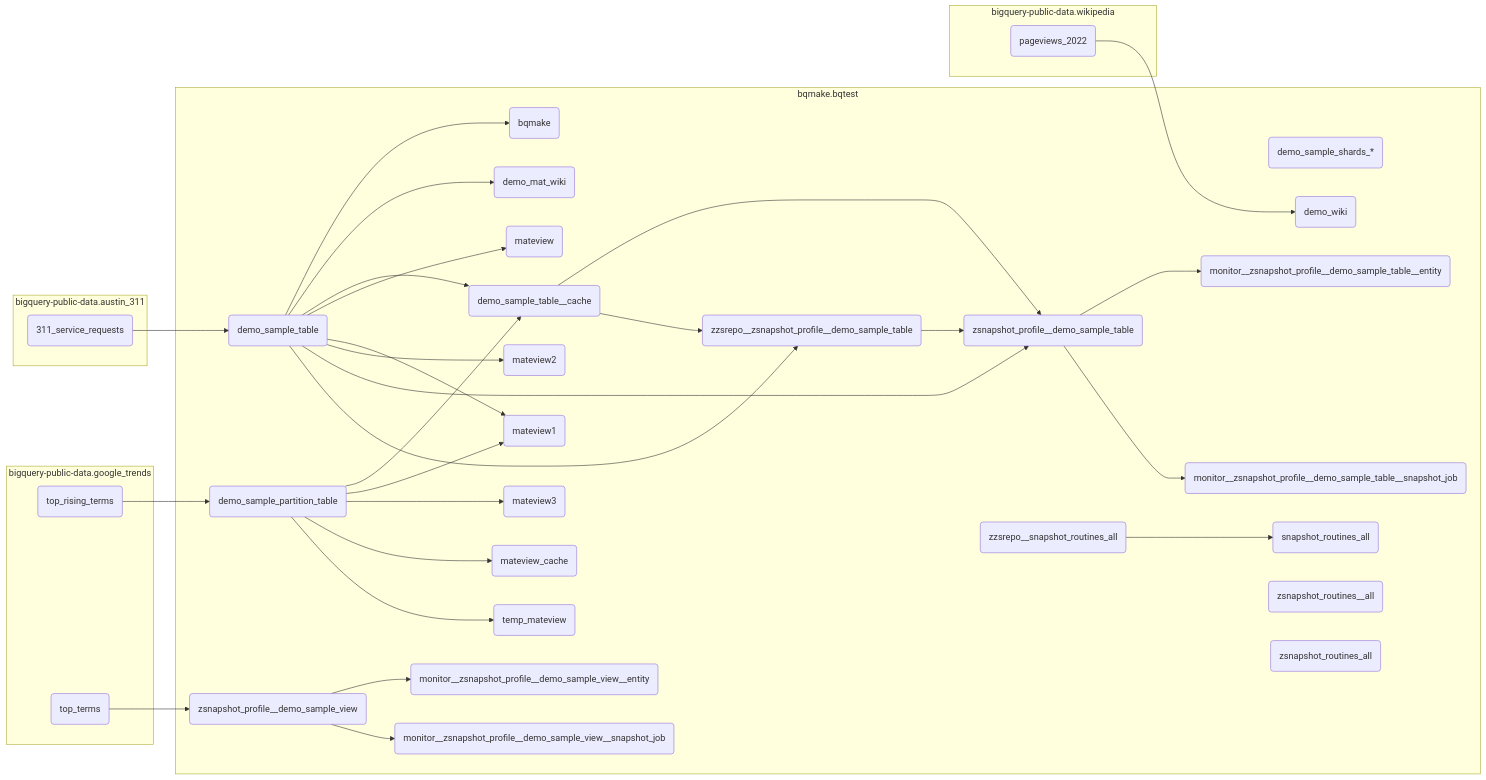
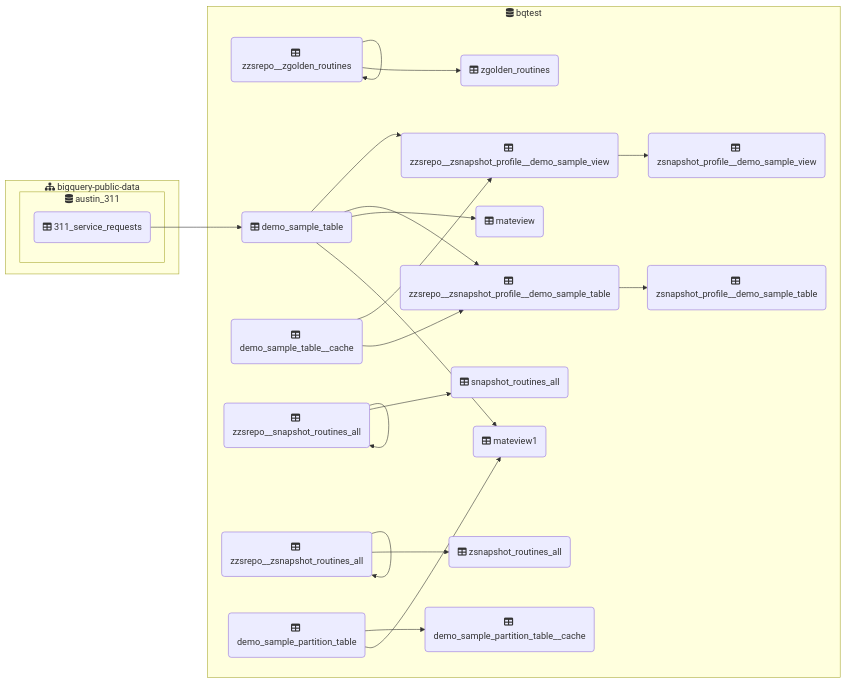
Before and after one commit to takegue/bqmake: the diagram in bigquery/@default/bqtest/README.md, drawn with Mermaid. The commit also changed other lines of this file and 1 other file, not shown here.

Commit message:
Update metadata files by CI (#39)
This PR updates some generated files to the latest by running `bqport
pull`.
This PR was created by [this workflow
run](https://github.com/takegue/bqmake/actions/runs/3769240758)
automatically.

````diff
--- a/bigquery/@default/bqtest/README.md
+++ b/bigquery/@default/bqtest/README.md
@@ -75,64 +76,43 @@
 ```mermaid
 graph LR
-subgraph bqmake.bqtest
-	eZPC(bqmake)
-	1+1w(demo_sample_table)
-	NcSI(demo_mat_wiki)
-	Z+1n(demo_sample_partition_table)
-	Pv1l(demo_sample_shards_*)
-	7hM4(demo_sample_table__cache)
-	SsQj(demo_wiki)
-	qQZt(mateview)
-	qt1O(mateview1)
-	E124(mateview2)
-	z4a/(mateview3)
-	2zH/(mateview_cache)
-	xksx(monitor__zsnapshot_profile__demo_sample_table__entity)
-	Gtda(zsnapshot_profile__demo_sample_table)
-	PnMI(zzsrepo__zsnapshot_profile__demo_sample_table)
-	lhos(monitor__zsnapshot_profile__demo_sample_table__snapshot_job)
-	leEX(monitor__zsnapshot_profile__demo_sample_view__entity)
-	TIeN(zsnapshot_profile__demo_sample_view)
-	F3Xr(monitor__zsnapshot_profile__demo_sample_view__snapshot_job)
-	e0BA(snapshot_routines_all)
-	Rybc(zzsrepo__snapshot_routines_all)
-	PZ0M(temp_mateview)
-	mo9z(zsnapshot_routines__all)
-	fFLB(zsnapshot_routines_all)
+subgraph "fa:fa-sitemap bigquery-public-data"
+subgraph "fa:fa-database austin_311"
+	CNg3(fa:fa-table 311_service_requests)
 end
-subgraph bigquery-public-data.austin_311
-	CNg3(311_service_requests)
 end
-subgraph bigquery-public-data.google_trends
-	0JIj(top_rising_terms)
-	1imV(top_terms)
+subgraph "fa:fa-database bqtest"
+	/VpU(fa:fa-table zzsrepo__zgolden_routines)
+	1+1w(fa:fa-table demo_sample_table)
+	2KhS(fa:fa-table zzsrepo__zsnapshot_profile__demo_sample_view)
+	7hM4(fa:fa-table demo_sample_table__cache)
+	Gtda(fa:fa-table zsnapshot_profile__demo_sample_table)
+	PnMI(fa:fa-table zzsrepo__zsnapshot_profile__demo_sample_table)
+	Rybc(fa:fa-table zzsrepo__snapshot_routines_all)
+	TIeN(fa:fa-table zsnapshot_profile__demo_sample_view)
+	YtHn(fa:fa-table zzsrepo__zsnapshot_routines_all)
+	Z+1n(fa:fa-table demo_sample_partition_table)
+	e0BA(fa:fa-table snapshot_routines_all)
+	fFLB(fa:fa-table zsnapshot_routines_all)
+	jknI(fa:fa-table demo_sample_partition_table__cache)
+	qQZt(fa:fa-table mateview)
+	qhIW(fa:fa-table zgolden_routines)
+	qt1O(fa:fa-table mateview1)
 end
-subgraph bigquery-public-data.wikipedia
-	2fna(pageviews_2022)
-end
-1+1w --> eZPC
+/VpU --> /VpU
+/VpU --> qhIW
+1+1w --> 2KhS
+1+1w --> PnMI
+1+1w --> qQZt
+1+1w --> qt1O
+2KhS --> TIeN
+7hM4 --> 2KhS
+7hM4 --> PnMI
 CNg3 --> 1+1w
-1+1w --> NcSI
-0JIj --> Z+1n
-Z+1n --> 7hM4
-1+1w --> 7hM4
-2fna --> SsQj
-1+1w --> qQZt
+PnMI --> Gtda
+Rybc --> Rybc
+Rybc --> e0BA
+YtHn --> YtHn
+YtHn --> fFLB
+Z+1n --> jknI
 Z+1n --> qt1O
-1+1w --> qt1O
-1+1w --> E124
-Z+1n --> z4a/
-Z+1n --> 2zH/
-Gtda --> xksx
-PnMI --> Gtda
-1+1w --> Gtda
-7hM4 --> Gtda
-1+1w --> PnMI
-7hM4 --> PnMI
-Gtda --> lhos
-TIeN --> leEX
-1imV --> TIeN
-TIeN --> F3Xr
-Rybc --> e0BA
-Z+1n --> PZ0M
 ```
````
